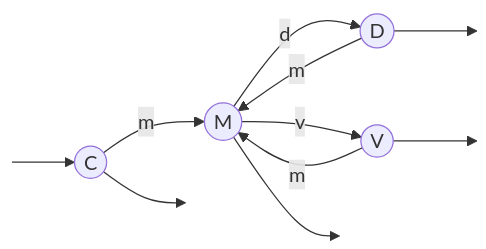
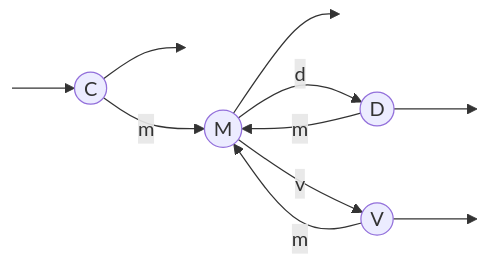
One commit to avivi55/automates-finies changed the first of 9 diagrams in README.md. Above: the diagram before and after it, drawn with Mermaid. The commit also changed other lines of this file, not shown here.

````diff
--- a/README.md
+++ b/README.md
@@ -10,29 +10,27 @@
 ```mermaid
 graph LR
+    style ENTREE height:0px;
+    style SORTIE  height:0px; 
+    style SORTIE2 height:0px;
+    style SORTIE3 height:0px;
+    style SORTIE4 height:0px;
+    
     C((C))
     M((M))
-    D((D))
+    D((D))  
     V((V)) 
 
     ENTREE[ ] --> C 
     C --> SORTIE[ ]
     M --> SORTIE2[ ]
     D --> SORTIE3[ ]
     V--> SORTIE4[ ]
 
 
 
     C --m--> M
     M --d--> D
     M --v--> V
     D --m--> M
     V --m--> M
-
-
-
-    style ENTREE height:0px;
-    style SORTIE  height:0px; 
-    style SORTIE2 height:0px;
-    style SORTIE3 height:0px;
-    style SORTIE4 height:0px;
 ```
````
